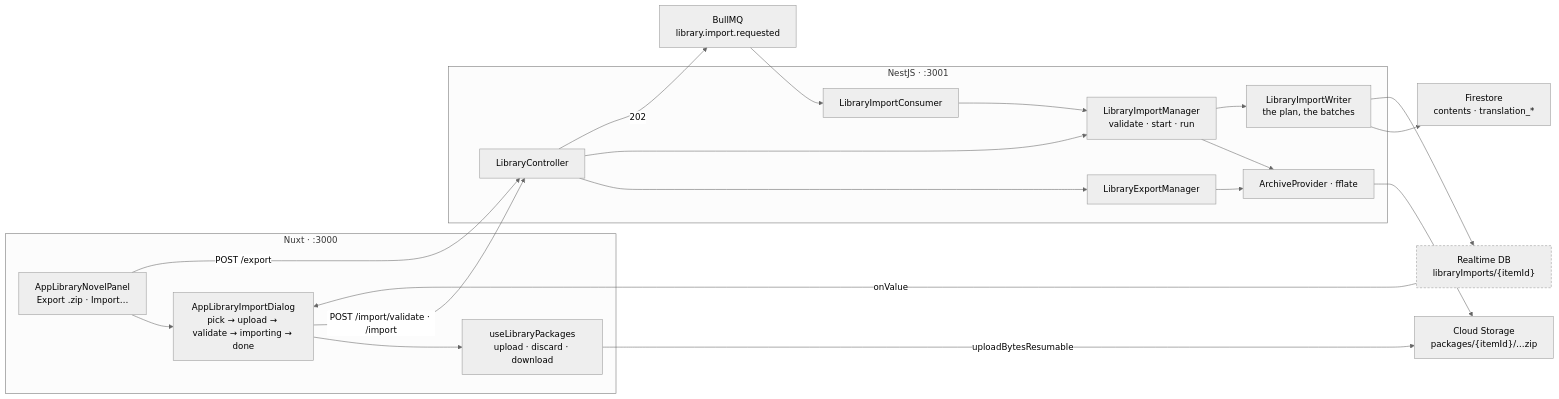
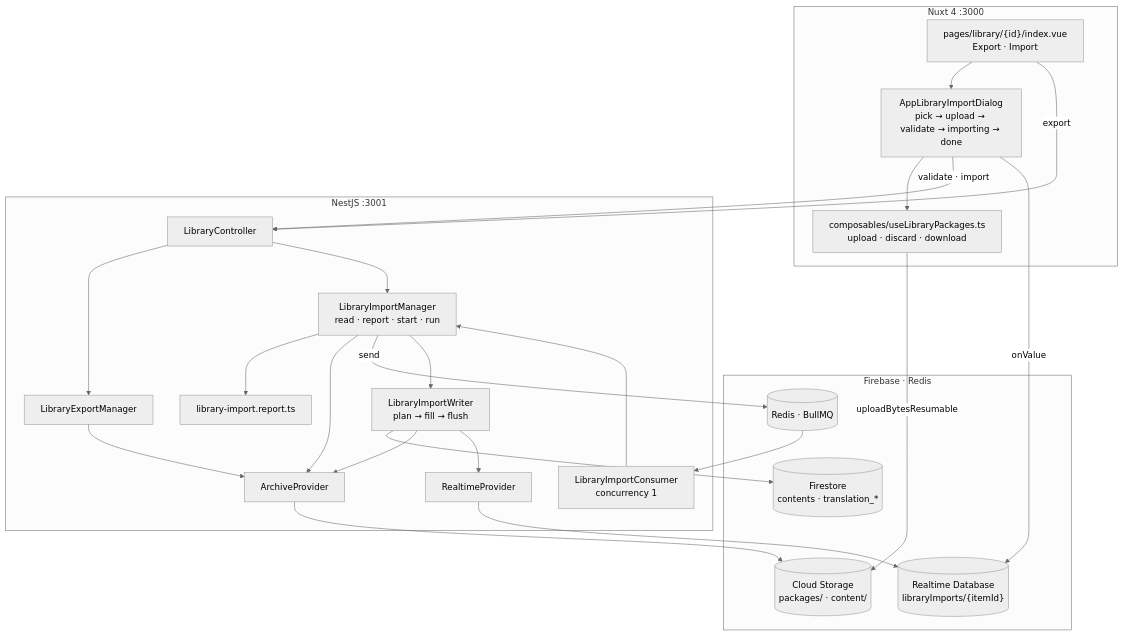
One commit to datntdev0/projects.media-studio changed the first of 3 diagrams in _docs/plan/[library]-part5_export_import_with_zip_file.md. Above: the diagram before and after it, drawn with Mermaid (neutral theme). The commit also changed other lines of this file and 11 other files, not shown here.

````diff
--- a/_docs/plan/[library]-part5_export_import_with_zip_file.md
+++ b/_docs/plan/[library]-part5_export_import_with_zip_file.md
@@ -339,38 +164,37 @@
 ```mermaid
-flowchart LR
-    subgraph fe["Nuxt · :3000"]
-        PANEL["AppLibraryNovelPanel<br/>Export .zip · Import…"]
-        DIALOG["AppLibraryImportDialog<br/>pick → upload → validate → importing → done"]
-        PKG["useLibraryPackages<br/>upload · discard · download"]
-        PANEL --> DIALOG --> PKG
+flowchart TB
+    subgraph fe["Nuxt 4 :3000"]
+        PAGE["pages/library/{id}/index.vue<br/>Export · Import"]
+        DLG["AppLibraryImportDialog<br/>pick → upload → validate → importing → done"]
+        PKG["composables/useLibraryPackages.ts<br/>upload · discard · download"]
     end
 
-    subgraph be["NestJS · :3001"]
+    subgraph be["NestJS :3001"]
         CTRL["LibraryController"]
         EXP["LibraryExportManager"]
-        IMP["LibraryImportManager<br/>validate · start · run"]
-        WRI["LibraryImportWriter<br/>the plan, the batches"]
-        CONS["LibraryImportConsumer"]
-        ARC["ArchiveProvider · fflate"]
-        CTRL --> EXP --> ARC
-        CTRL --> IMP --> ARC
-        IMP --> WRI
-        CONS --> IMP
+        IMP["LibraryImportManager<br/>read · report · start · run"]
+        REP["library-import.report.ts"]
+        WR["LibraryImportWriter<br/>plan → fill → flush"]
+        CONS["LibraryImportConsumer<br/>concurrency 1"]
+        ARC["ArchiveProvider"]
+        RT["RealtimeProvider"]
     end
 
-    Q["BullMQ<br/>library.import.requested"]
-    ST["Cloud Storage<br/>packages/{itemId}/…zip"]
-    RT["Realtime DB<br/>libraryImports/{itemId}"]
-    FS["Firestore<br/>contents · translation_*"]
+    subgraph gcp["Firebase · Redis"]
+        ST[("Cloud Storage<br/>packages/ · content/")]
+        FS[("Firestore<br/>contents · translation_*")]
+        RTDB[("Realtime Database<br/>libraryImports/{itemId}")]
+        Q[("Redis · BullMQ")]
+    end
 
-    PKG -- "uploadBytesResumable" --> ST
-    PANEL -- "POST /export" --> CTRL
-    DIALOG -- "POST /import/validate · /import" --> CTRL
-    CTRL -- "202" --> Q --> CONS
-    ARC --> ST
-    WRI --> FS
-    WRI --> RT
-    RT -- "onValue" --> DIALOG
-
-    style RT stroke-dasharray: 4 3
+    PAGE --> DLG --> PKG -- "uploadBytesResumable" --> ST
+    PAGE -- "export" --> CTRL --> EXP --> ARC --> ST
+    DLG -- "validate · import" --> CTRL --> IMP
+    IMP --> REP
+    IMP --> ARC
+    IMP -- "send" --> Q --> CONS --> IMP
+    IMP --> WR --> FS
+    WR --> ARC
+    WR --> RT --> RTDB
+    DLG -- "onValue" --> RTDB
 ```
````
